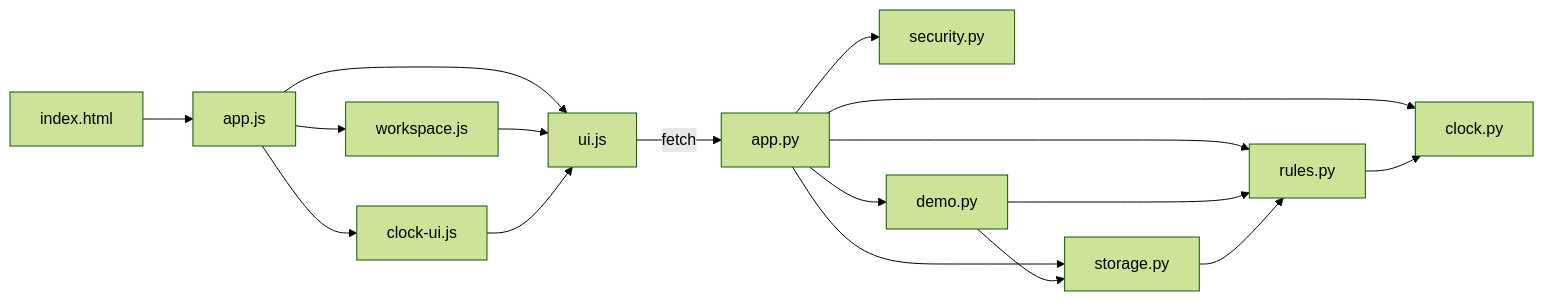
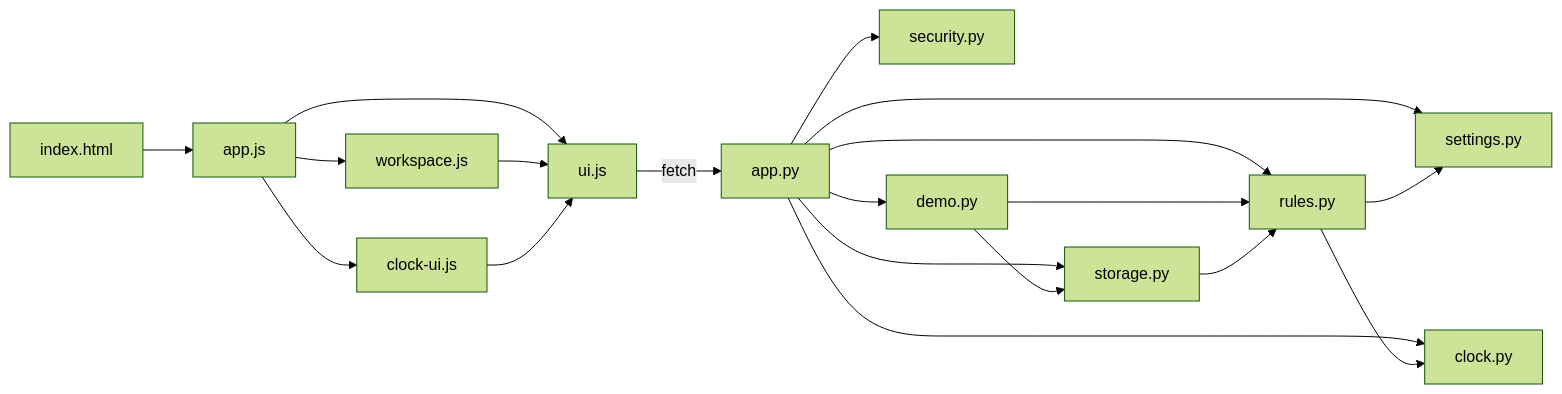
The second of 4 diagrams in technical_architecture.md (ShabbirMahmood/SiteCare_Prototype), drawn with Mermaid (forest theme) before and after one commit. The commit also changed other lines of this file and 18 other files, not shown here.

````diff
--- a/technical_architecture.md
+++ b/technical_architecture.md
@@ -119,19 +123,21 @@
 ```mermaid
 flowchart LR
     HTML["index.html"] --> UIApp["app.js"]
     UIApp --> Workspace["workspace.js"]
     UIApp --> ClockUI["clock-ui.js"]
     UIApp --> Shared["ui.js"]
     Workspace --> Shared
     ClockUI --> Shared
     Shared -->|"fetch"| API["app.py"]
     API --> Store["storage.py"]
     API --> Rule["rules.py"]
     API --> Time["clock.py"]
+    API --> Settings["settings.py"]
+    Rule --> Settings
     API --> Auth["security.py"]
     API --> Demo["demo.py"]
     Demo --> Store
     Demo --> Rule
     Store --> Rule
     Rule --> Time
 ```
````
